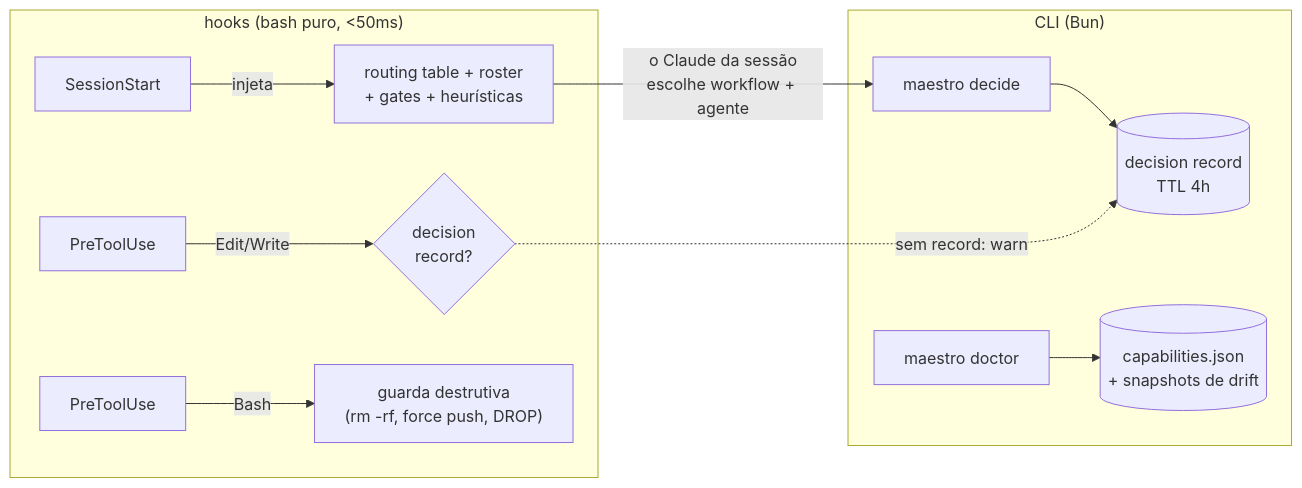
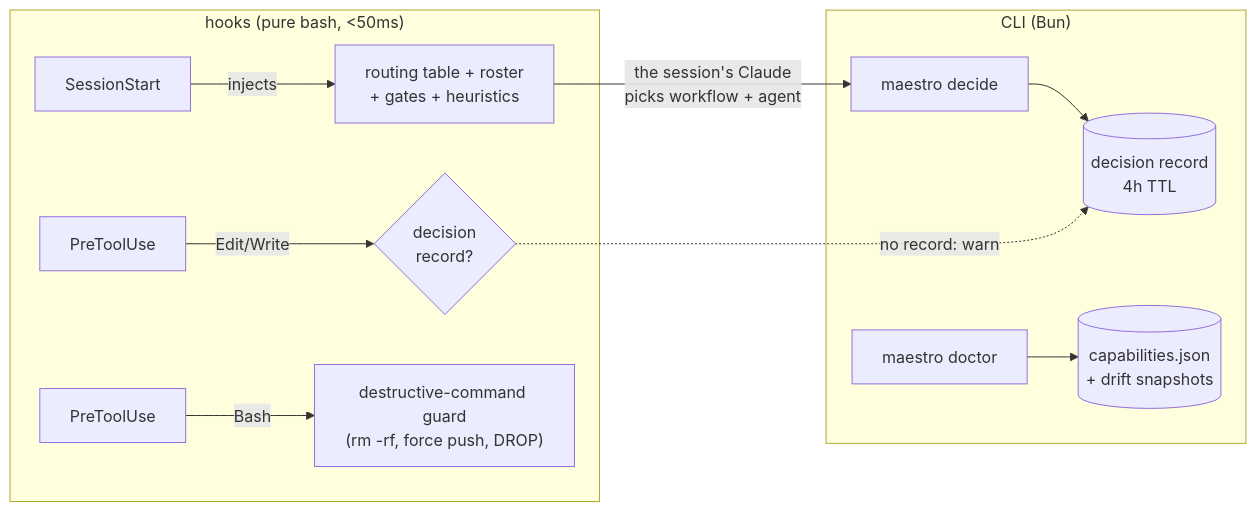
The diagram in README.md (tropeks/Maestro), drawn with Mermaid before and after one commit. The commit also changed other lines of this file and 1 other file, not shown here.

````diff
--- a/README.md
+++ b/README.md
@@ -27,14 +29,14 @@
 ```mermaid
 flowchart LR
-    subgraph hooks["hooks (bash puro, &lt;50ms)"]
-        SS[SessionStart] -->|injeta| INJ["routing table + roster<br/>+ gates + heurísticas"]
+    subgraph hooks["hooks (pure bash, &lt;50ms)"]
+        SS[SessionStart] -->|injects| INJ["routing table + roster<br/>+ gates + heuristics"]
         PT[PreToolUse] -->|Edit/Write| GATE{decision<br/>record?}
-        PB[PreToolUse] -->|Bash| GUARD["guarda destrutiva<br/>(rm -rf, force push, DROP)"]
+        PB[PreToolUse] -->|Bash| GUARD["destructive-command guard<br/>(rm -rf, force push, DROP)"]
     end
     subgraph cli["CLI (Bun)"]
-        DEC["maestro decide"] --> REC[("decision record<br/>TTL 4h")]
-        DOC["maestro doctor"] --> ENV[("capabilities.json<br/>+ snapshots de drift")]
+        DEC["maestro decide"] --> REC[("decision record<br/>4h TTL")]
+        DOC["maestro doctor"] --> ENV[("capabilities.json<br/>+ drift snapshots")]
     end
-    GATE -.->|sem record: warn| REC
-    INJ -->|"o Claude da sessão<br/>escolhe workflow + agente"| DEC
+    GATE -.->|no record: warn| REC
+    INJ -->|"the session's Claude<br/>picks workflow + agent"| DEC
 ```
````
